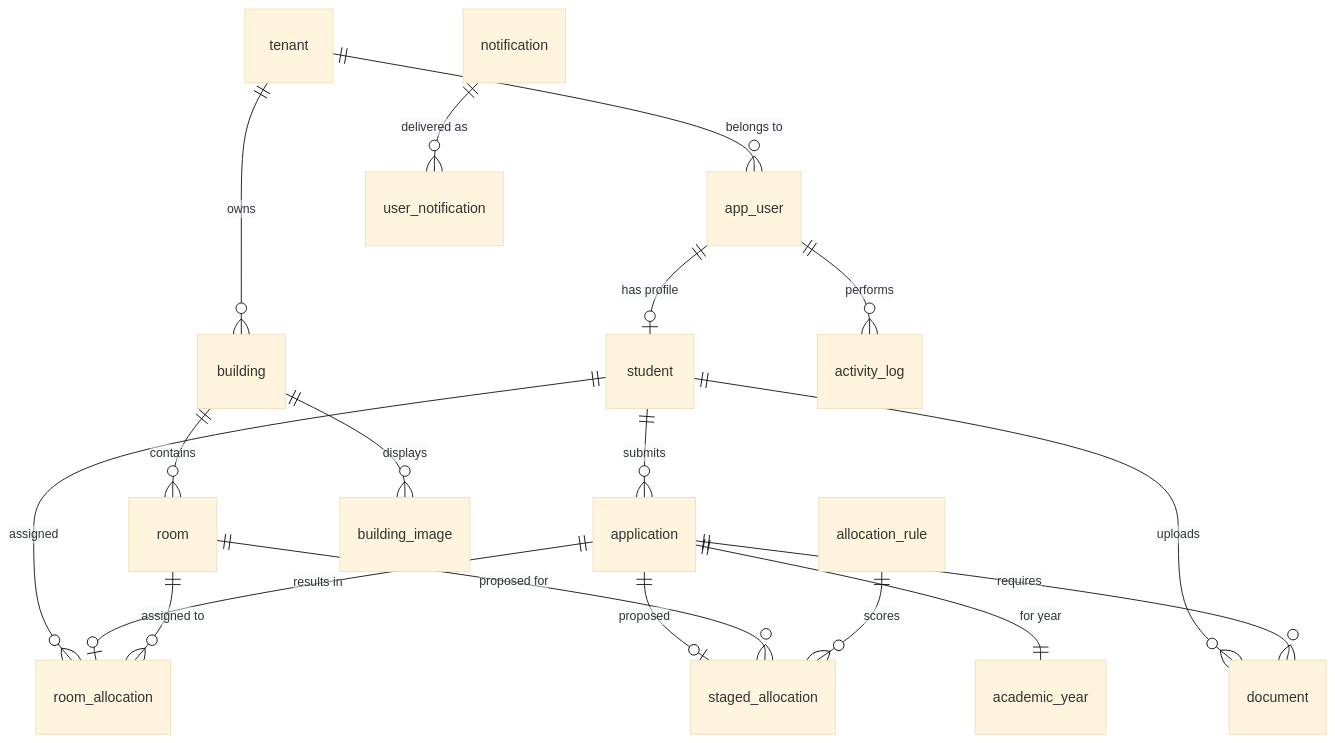
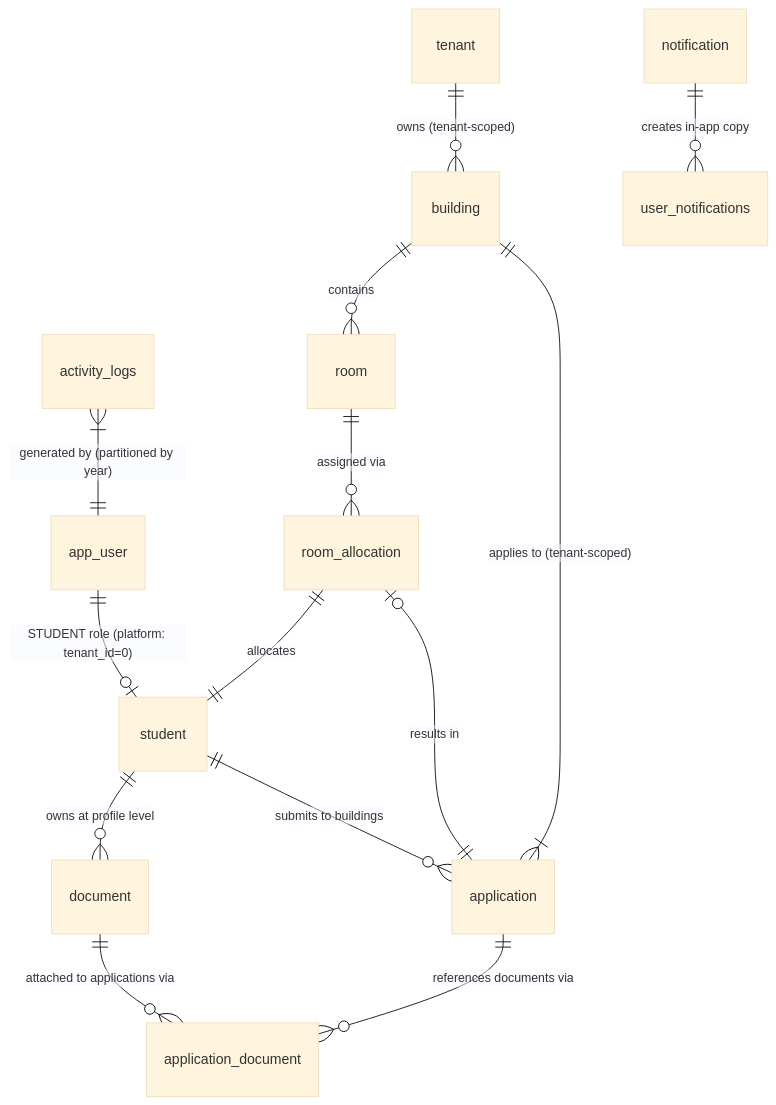
Before and after one commit to beezhub/student-accommodation-system: the fourth of 9 diagrams in Architecture.md, drawn with Mermaid (base theme). The commit also changed other lines of this file and 20 other files, not shown here.

````diff
--- a/Architecture.md
+++ b/Architecture.md
@@ -495,27 +594,16 @@
 ```mermaid
 erDiagram
-    tenant ||--o{ building : "owns"
-    tenant ||--o{ app_user : "belongs to"
-
-    app_user ||--o| student : "has profile"
-    app_user ||--o{ activity_log : "performs"
-
-    student ||--o{ application : "submits"
-    student ||--o{ room_allocation : "assigned"
-    student ||--o{ document : "uploads"
-
-    application ||--|| academic_year : "for year"
-    application ||--o{ document : "requires"
-    application ||--o| room_allocation : "results in"
-    application ||--o| staged_allocation : "proposed"
-
-    building ||--o{ room : "contains"
-    building ||--o{ building_image : "displays"
-
-    room ||--o{ room_allocation : "assigned to"
-    room ||--o{ staged_allocation : "proposed for"
-
-    allocation_rule ||--o{ staged_allocation : "scores"
-
-    notification ||--o{ user_notification : "delivered as"
+  tenant ||--o{ building : "owns (tenant-scoped)"
+  app_user ||--o| student : "STUDENT role (platform: tenant_id=0)"
+  student ||--o{ application : "submits to buildings"
+  student ||--o{ document : "owns at profile level"
+  document ||--o{ application_document : "attached to applications via"
+  application ||--o{ application_document : "references documents via"
+  application ||--o| room_allocation : "results in"
+  application }|--|| building : "applies to (tenant-scoped)"
+  building ||--o{ room : "contains"
+  room ||--o{ room_allocation : "assigned via"
+  room_allocation ||--|| student : "allocates"
+  notification ||--o{ user_notifications : "creates in-app copy"
+  activity_logs }|--|| app_user : "generated by (partitioned by year)"
 ```
````
